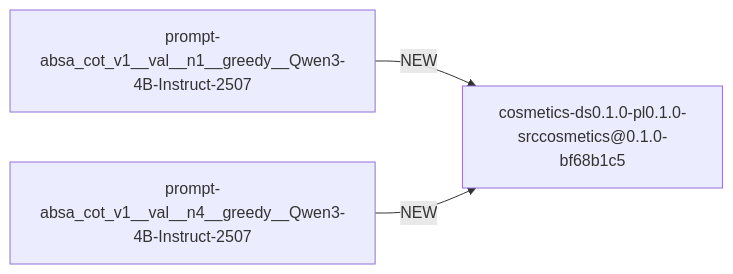
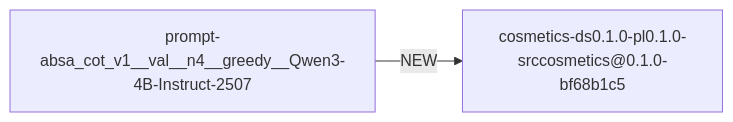
The diagram in data/reports/experiment_registry/experiment_registry.md (TrieuKhac-dev/SentimentX), drawn with Mermaid before and after one commit. The commit also changed 7 other files, not shown here.

````diff
--- a/data/reports/experiment_registry/experiment_registry.md
+++ b/data/reports/experiment_registry/experiment_registry.md
@@ -3,8 +3,6 @@
 ```mermaid
 graph LR
-  n1["prompt-absa_cot_v1__val__n1__greedy__Qwen3-4B-Instruct-2507"]
+  n1["prompt-absa_cot_v1__val__n4__greedy__Qwen3-4B-Instruct-2507"]
   n2["cosmetics-ds0.1.0-pl0.1.0-srccosmetics@0.1.0-bf68b1c5"]
-  n3["prompt-absa_cot_v1__val__n4__greedy__Qwen3-4B-Instruct-2507"]
   n1 -->|NEW| n2
-  n3 -->|NEW| n2
 ```
````
